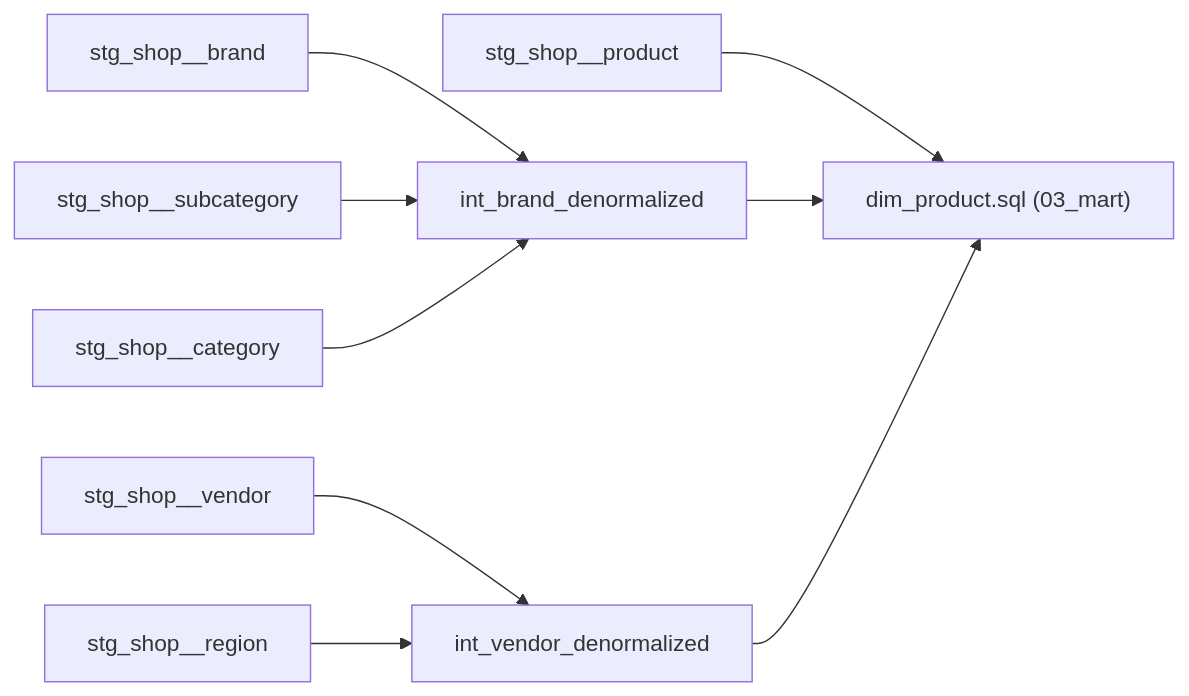
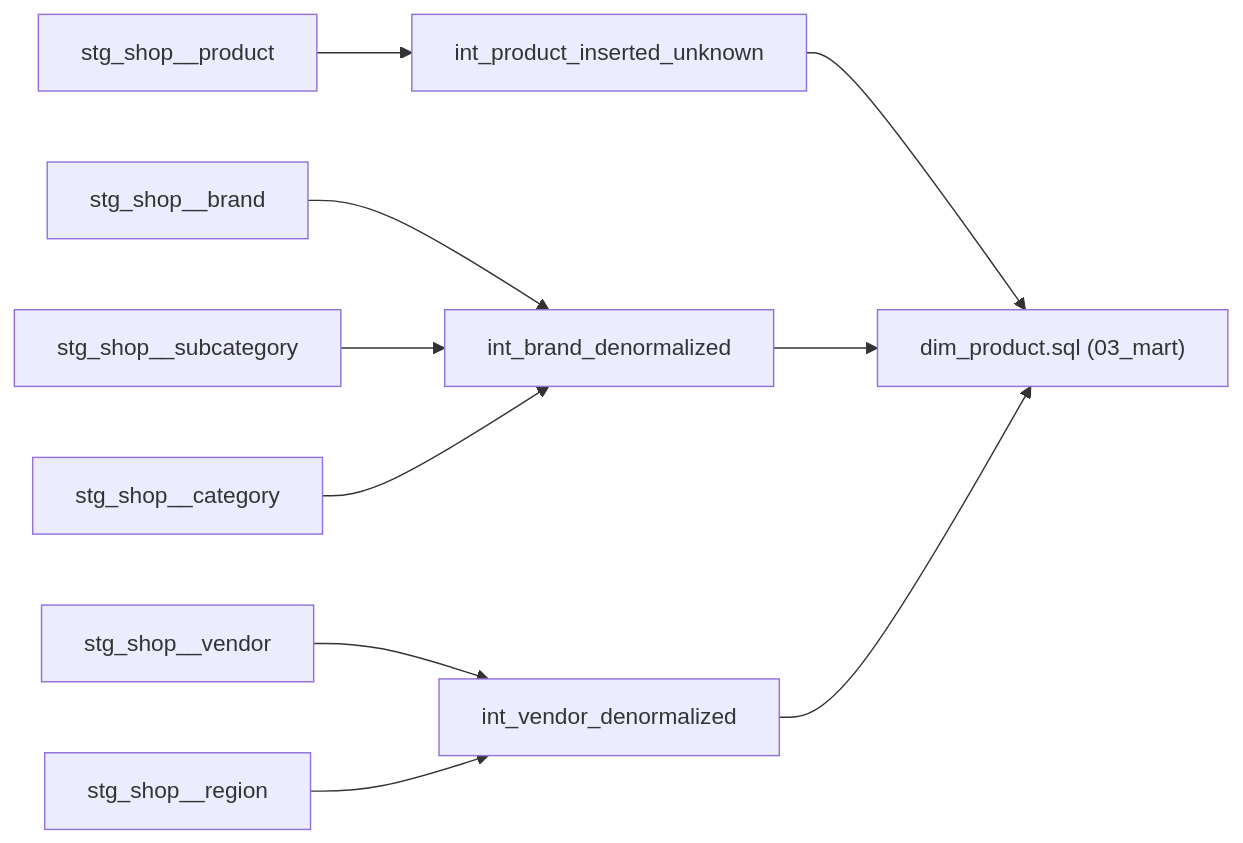
One commit to ducchetrongminh/vitlamdata_dbt_postgres changed the diagram in docs/dbt-layers-conventions.md. Above: the diagram before and after it, drawn with Mermaid. The commit also changed other lines of this file and 2 other files, not shown here.

First line of the commit message:
docs: unknown dimension row in intermediate, loosen intermediate naming

````diff
--- a/docs/dbt-layers-conventions.md
+++ b/docs/dbt-layers-conventions.md
@@ -233,11 +233,12 @@
 ```mermaid
 flowchart LR
     stg_brand["stg_shop__brand"] --> int_brand["int_brand_denormalized"]
     stg_subcategory["stg_shop__subcategory"] --> int_brand
     stg_category["stg_shop__category"] --> int_brand
     stg_vendor["stg_shop__vendor"] --> int_vendor["int_vendor_denormalized"]
     stg_region["stg_shop__region"] --> int_vendor
-    stg_product["stg_shop__product"] --> dim["dim_product.sql (03_mart)"]
+    stg_product["stg_shop__product"] --> int_product["int_product_inserted_unknown"]
+    int_product --> dim["dim_product.sql (03_mart)"]
     int_brand --> dim
     int_vendor --> dim
 ```
````
